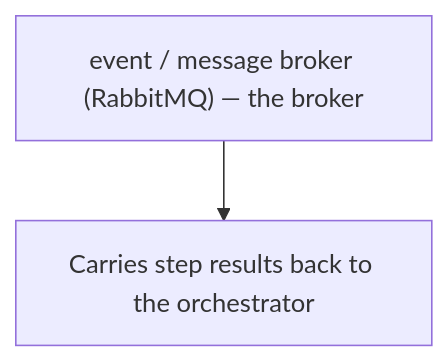
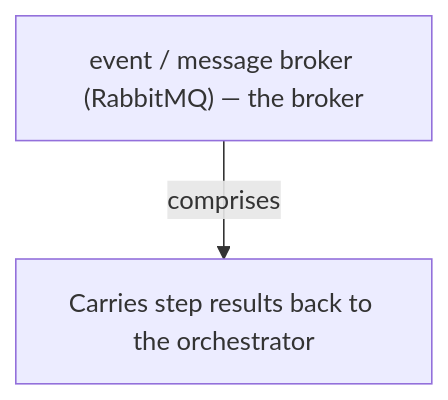
Before and after one commit to vinayakuber/microservices-io-study-guide: the eighth of 14 diagrams in docs/ch15-saga.md, drawn with Mermaid. The commit also changed other lines of this file and 71 other files, not shown here.

First line of the commit message:
R18: label every diagram arrow with its meaning

````diff
--- a/docs/ch15-saga.md
+++ b/docs/ch15-saga.md
@@ -290,5 +290,5 @@
 ```mermaid
 flowchart TD
   R["event / message broker (RabbitMQ) — the broker"]
-  R --> P0["Carries step results back to the orchestrator"]
+  R -->|"comprises"| P0["Carries step results back to the orchestrator"]
 ```
````
